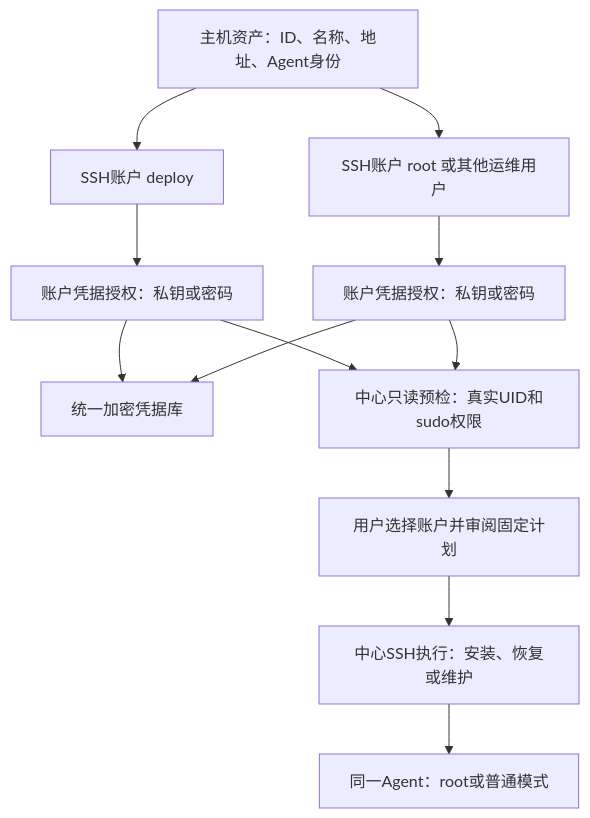
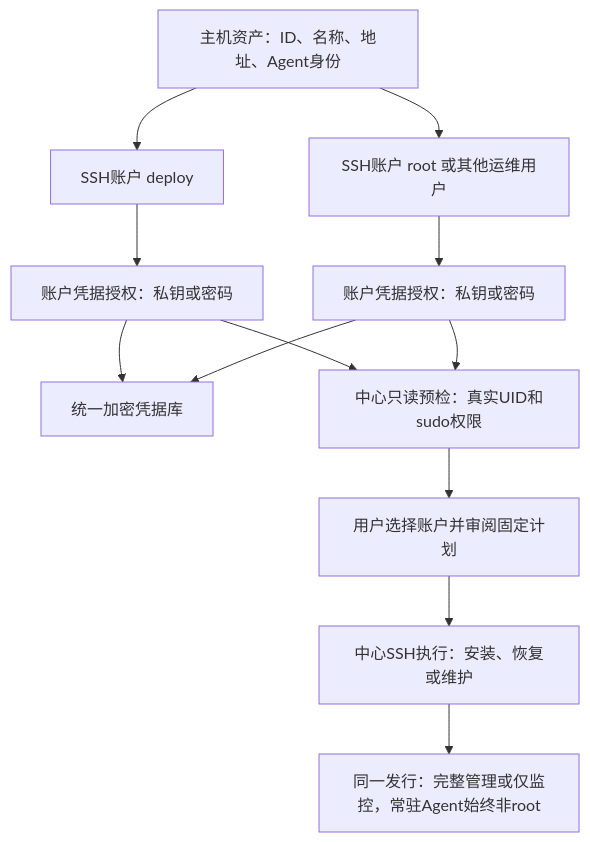
One commit to workhold/lightmoni changed diagram 39 of 42 in docs/system-design.md. Above: the diagram before and after it, drawn with Mermaid. The commit also changed other lines of this file and 109 other files, not shown here.

````diff
--- a/docs/system-design.md
+++ b/docs/system-design.md
@@ -2071,14 +2072,14 @@
 ```mermaid
 flowchart TD
   H[主机资产：ID、名称、地址、Agent身份] --> A[SSH账户 deploy]
   H --> B[SSH账户 root 或其他运维用户]
   A --> C[账户凭据授权：私钥或密码]
   B --> D[账户凭据授权：私钥或密码]
   C --> V[统一加密凭据库]
   D --> V
   C --> P[中心只读预检：真实UID和sudo权限]
   D --> P
   P --> R[用户选择账户并审阅固定计划]
   R --> E[中心SSH执行：安装、恢复或维护]
-  E --> G[同一Agent：root或普通模式]
+  E --> G[同一发行：完整管理或仅监控，常驻Agent始终非root]
 ```
````
